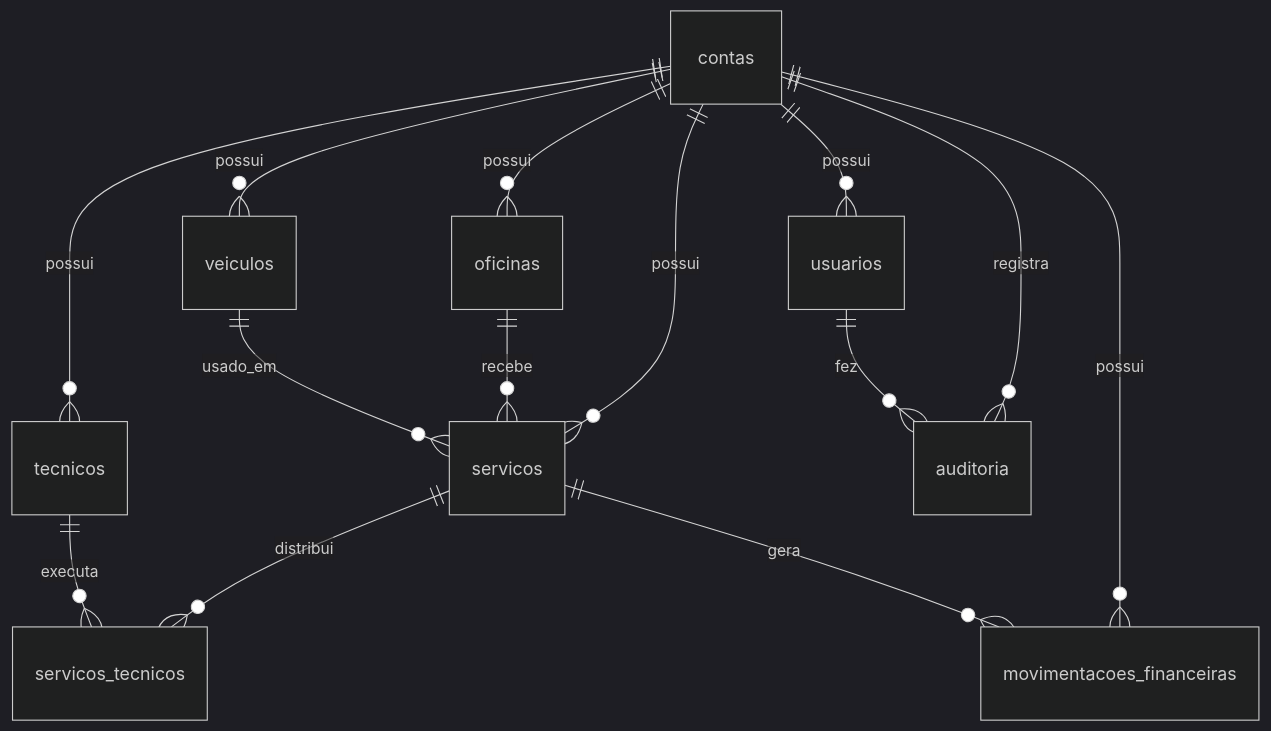
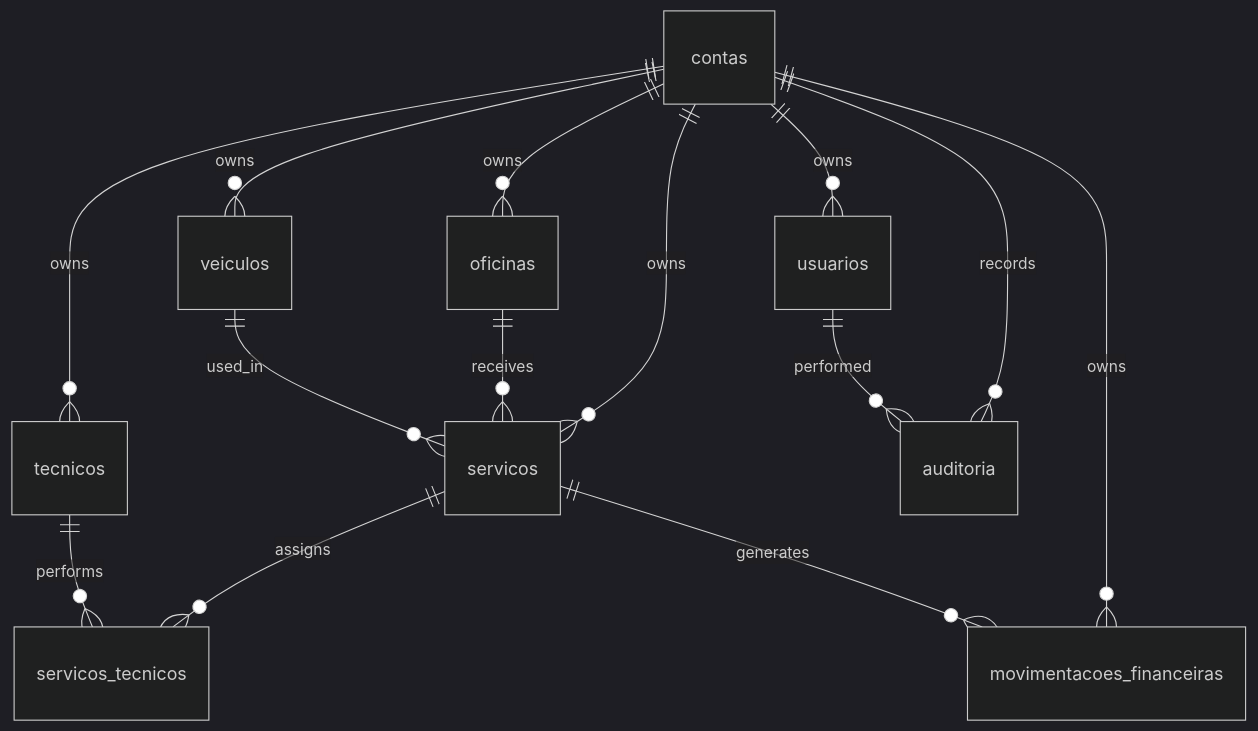
Before and after one commit to bitbloomai/Plataforma_PDR_Hub: the third of 3 diagrams in README.md, drawn with Mermaid (dark theme). The commit also changed other lines of this file, not shown here.

````diff
--- a/README.md
+++ b/README.md
@@ -91,16 +91,16 @@
 ```mermaid
 erDiagram
-  contas ||--o{ usuarios : possui
-  contas ||--o{ oficinas : possui
-  contas ||--o{ tecnicos : possui
-  contas ||--o{ veiculos : possui
-  contas ||--o{ servicos : possui
-  contas ||--o{ movimentacoes_financeiras : possui
-  contas ||--o{ auditoria : registra
-  oficinas ||--o{ servicos : recebe
-  veiculos ||--o{ servicos : usado_em
-  servicos ||--o{ servicos_tecnicos : distribui
-  tecnicos ||--o{ servicos_tecnicos : executa
-  servicos ||--o{ movimentacoes_financeiras : gera
-  usuarios ||--o{ auditoria : fez
+  contas ||--o{ usuarios : owns
+  contas ||--o{ oficinas : owns
+  contas ||--o{ tecnicos : owns
+  contas ||--o{ veiculos : owns
+  contas ||--o{ servicos : owns
+  contas ||--o{ movimentacoes_financeiras : owns
+  contas ||--o{ auditoria : records
+  oficinas ||--o{ servicos : receives
+  veiculos ||--o{ servicos : used_in
+  servicos ||--o{ servicos_tecnicos : assigns
+  tecnicos ||--o{ servicos_tecnicos : performs
+  servicos ||--o{ movimentacoes_financeiras : generates
+  usuarios ||--o{ auditoria : performed
 ```
````
